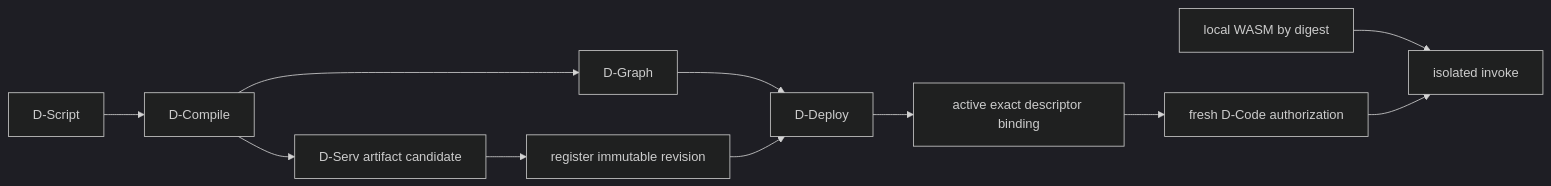
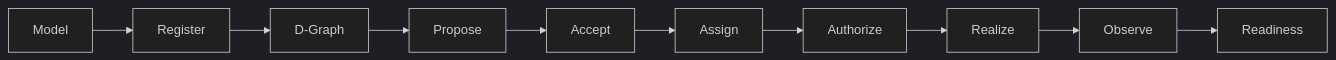
One commit to dnredson/datum-docs changed the diagram in docs/tutorials/service-to-node.md. Above: the diagram before and after it, drawn with Mermaid (dark theme). The commit also changed other lines of this file, not shown here.

````diff
--- a/docs/tutorials/service-to-node.md
+++ b/docs/tutorials/service-to-node.md
@@ -329,13 +5,12 @@
 ```mermaid
 flowchart LR
-    DS["D-Script"] --> DC["D-Compile"]
-    DC --> DG["D-Graph"]
-    DC --> DA["D-Serv artifact candidate"]
-    DA --> REG["register immutable revision"]
-    DG --> DP["D-Deploy"]
-    REG --> DP
-    DP --> B["active exact descriptor binding"]
-    B --> AUTH["fresh D-Code authorization"]
-    LOCAL["local WASM by digest"] --> INV["isolated invoke"]
-    AUTH --> INV
+    M["Model"] --> R["Register"]
+    R --> G["D-Graph"]
+    G --> P["Propose"]
+    P --> A["Accept"]
+    A --> S["Assign"]
+    S --> AU["Authorize"]
+    AU --> X["Realize"]
+    X --> O["Observe"]
+    O --> RD["Readiness"]
 ```
````
